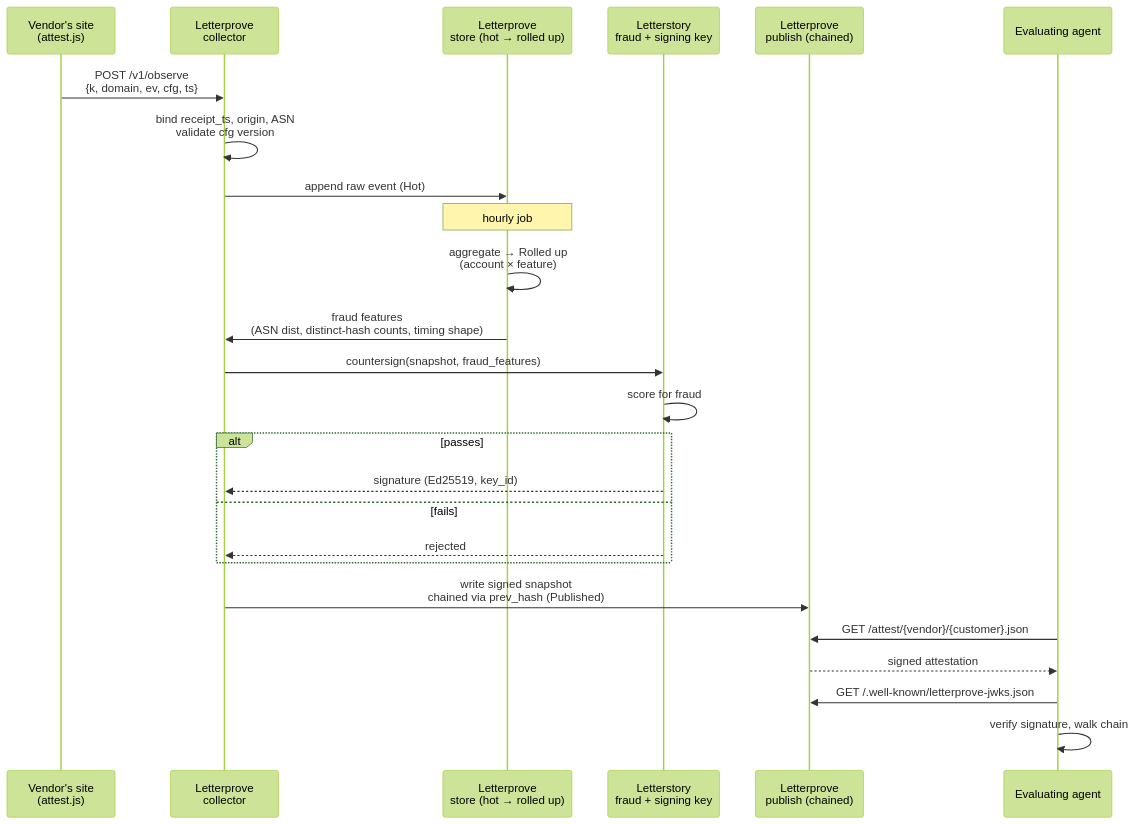
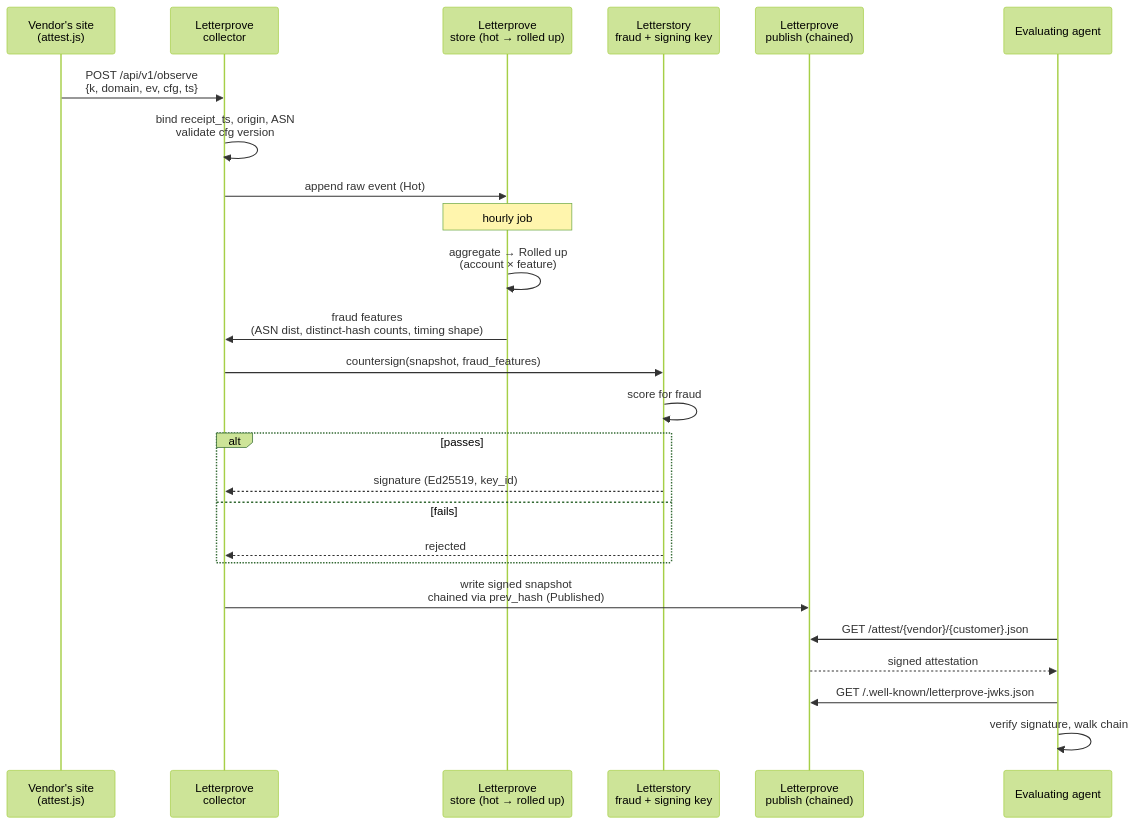
One commit to letterstory/Letterprove changed the second of 2 diagrams in README.md. Above: the diagram before and after it, drawn with Mermaid (forest theme). The commit also changed other lines of this file and 7 other files, not shown here.

````diff
--- a/README.md
+++ b/README.md
@@ -306,28 +306,28 @@
 ```mermaid
 sequenceDiagram
     participant Browser as Vendor's site<br/>(attest.js)
     participant LP as Letterprove<br/>collector
     participant Store as Letterprove<br/>store (hot → rolled up)
     participant LS as Letterstory<br/>fraud + signing key
     participant Pub as Letterprove<br/>publish (chained)
     participant Agent as Evaluating agent
 
-    Browser->>LP: POST /v1/observe<br/>{k, domain, ev, cfg, ts}
+    Browser->>LP: POST /api/v1/observe<br/>{k, domain, ev, cfg, ts}
     LP->>LP: bind receipt_ts, origin, ASN<br/>validate cfg version
     LP->>Store: append raw event (Hot)
     Note over Store: hourly job
     Store->>Store: aggregate → Rolled up<br/>(account × feature)
     Store->>LP: fraud features<br/>(ASN dist, distinct-hash counts, timing shape)
     LP->>LS: countersign(snapshot, fraud_features)
     LS->>LS: score for fraud
     alt passes
         LS-->>LP: signature (Ed25519, key_id)
     else fails
         LS-->>LP: rejected
     end
     LP->>Pub: write signed snapshot<br/>chained via prev_hash (Published)
     Agent->>Pub: GET /attest/{vendor}/{customer}.json
     Pub-->>Agent: signed attestation
     Agent->>Pub: GET /.well-known/letterprove-jwks.json
     Agent->>Agent: verify signature, walk chain
 ```
````
